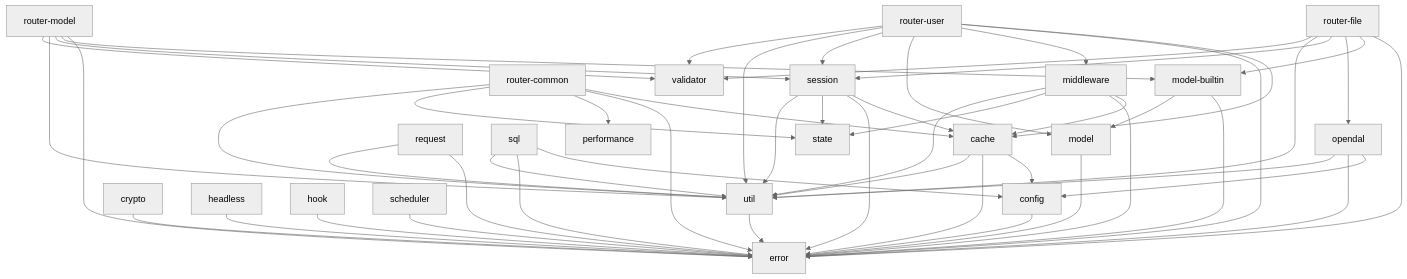
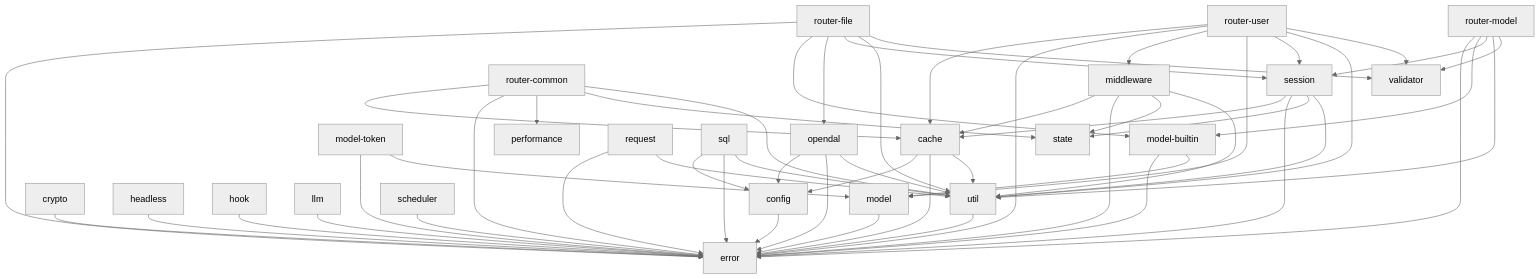
Before and after one commit to vicanso/tibba: the diagram in docs/modules.md, drawn with Mermaid (neutral theme). The commit also changed 17 other files, not shown here.

Commit message:
feat: add tibba llm and tibba model token

````diff
--- a/docs/modules.md
+++ b/docs/modules.md
@@ -3,71 +3,76 @@
 ```mermaid
 graph TD
     config --> error
 
     crypto --> error
 
     headless --> error
 
     hook --> error
 
+    llm --> error
+
     model --> error
 
     scheduler --> error
 
     util --> error
 
     model-builtin --> error
     model-builtin --> model
+
+    model-token --> error
+    model-token --> model
 
     cache --> config
     cache --> error
     cache --> util
 
     opendal --> config
     opendal --> error
     opendal --> util
 
     request --> error
     request --> util
 
     sql --> config
     sql --> error
     sql --> util
 
     middleware --> cache
     middleware --> error
     middleware --> state
     middleware --> util
 
     router-common --> cache
     router-common --> error
     router-common --> performance
     router-common --> state
     router-common --> util
 
     session --> cache
     session --> error
     session --> state
     session --> util
 
     router-file --> error
     router-file --> model-builtin
     router-file --> opendal
     router-file --> session
     router-file --> util
     router-file --> validator
 
     router-model --> error
     router-model --> model-builtin
     router-model --> session
     router-model --> util
     router-model --> validator
 
     router-user --> cache
     router-user --> error
     router-user --> middleware
     router-user --> model
     router-user --> session
     router-user --> util
     router-user --> validator
 ```
````
